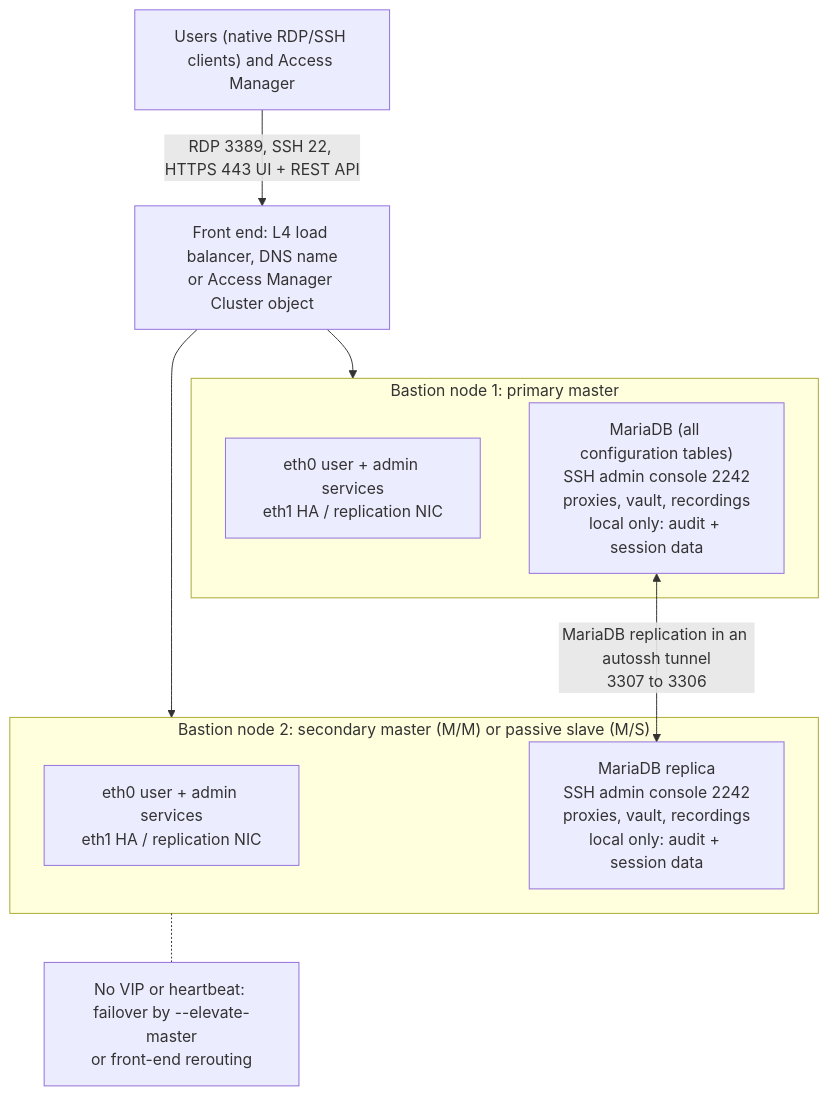
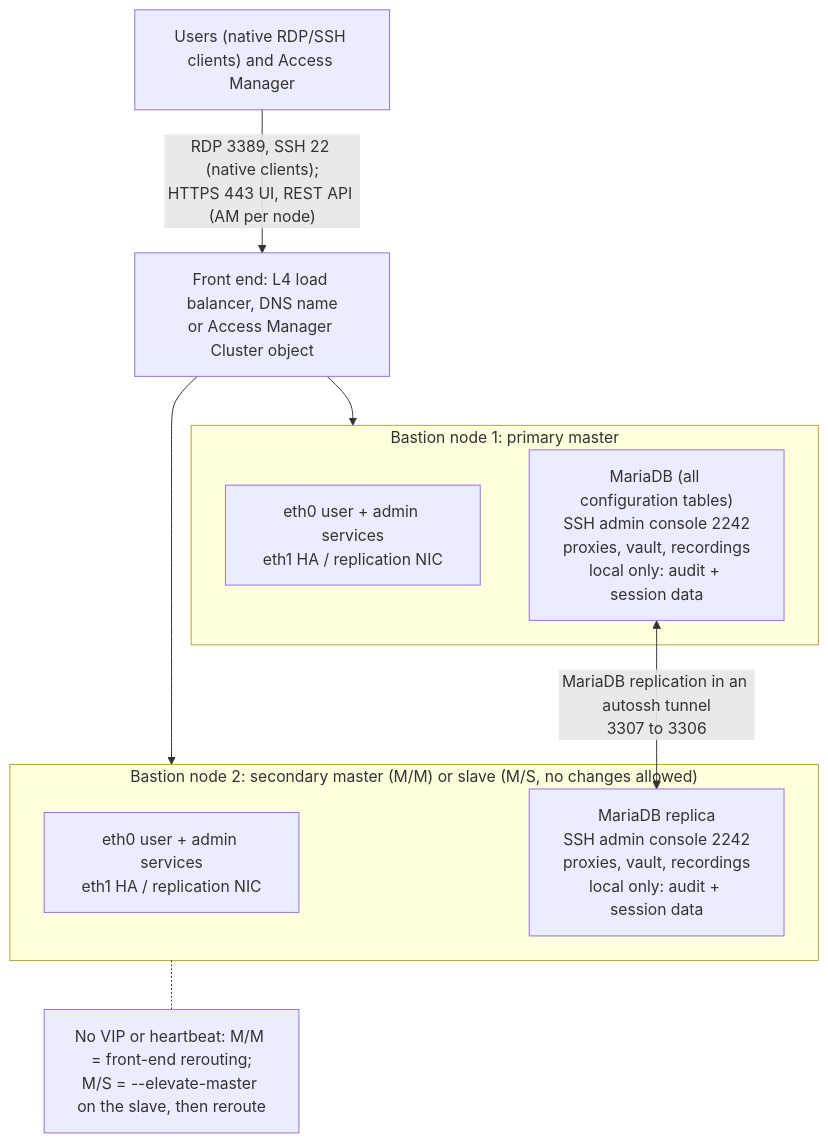
Before and after one commit to morandeirachema/Trustelem-: the fifth of 7 diagrams in docs/trustelem-bastion-access-manager-architecture.md, drawn with Mermaid. The commit also changed other lines of this file and 19 other files, not shown here.

Commit message:
Audit pass 2: diagrams synced with text, AM RADIUS listener 2812, Authentication domain name rule, gap B7

````diff
--- a/docs/trustelem-bastion-access-manager-architecture.md
+++ b/docs/trustelem-bastion-access-manager-architecture.md
@@ -488,19 +500,19 @@
 ```mermaid
 flowchart TB
     USERS["Users (native RDP/SSH clients) and Access Manager"]
     FE["Front end: L4 load balancer, DNS name<br/>or Access Manager Cluster object"]
     subgraph B1["Bastion node 1: primary master"]
         B1A["eth0 user + admin services<br/>eth1 HA / replication NIC"]
         B1B["MariaDB (all configuration tables)<br/>SSH admin console 2242<br/>proxies, vault, recordings<br/>local only: audit + session data"]
     end
-    subgraph B2["Bastion node 2: secondary master (M/M) or passive slave (M/S)"]
+    subgraph B2["Bastion node 2: secondary master (M/M) or slave (M/S, no changes allowed)"]
         B2A["eth0 user + admin services<br/>eth1 HA / replication NIC"]
         B2B["MariaDB replica<br/>SSH admin console 2242<br/>proxies, vault, recordings<br/>local only: audit + session data"]
     end
-    USERS -->|RDP 3389, SSH 22, HTTPS 443 UI + REST API| FE
+    USERS -->|"RDP 3389, SSH 22 (native clients);<br/>HTTPS 443 UI, REST API (AM per node)"| FE
     FE --> B1
     FE --> B2
     B1B <-->|MariaDB replication in an autossh tunnel<br/>3307 to 3306| B2B
-    NOTE["No VIP or heartbeat: failover by --elevate-master<br/>or front-end rerouting"]
+    NOTE["No VIP or heartbeat: M/M = front-end rerouting;<br/>M/S = --elevate-master on the slave, then reroute"]
     B2 -.- NOTE
 ```
````
